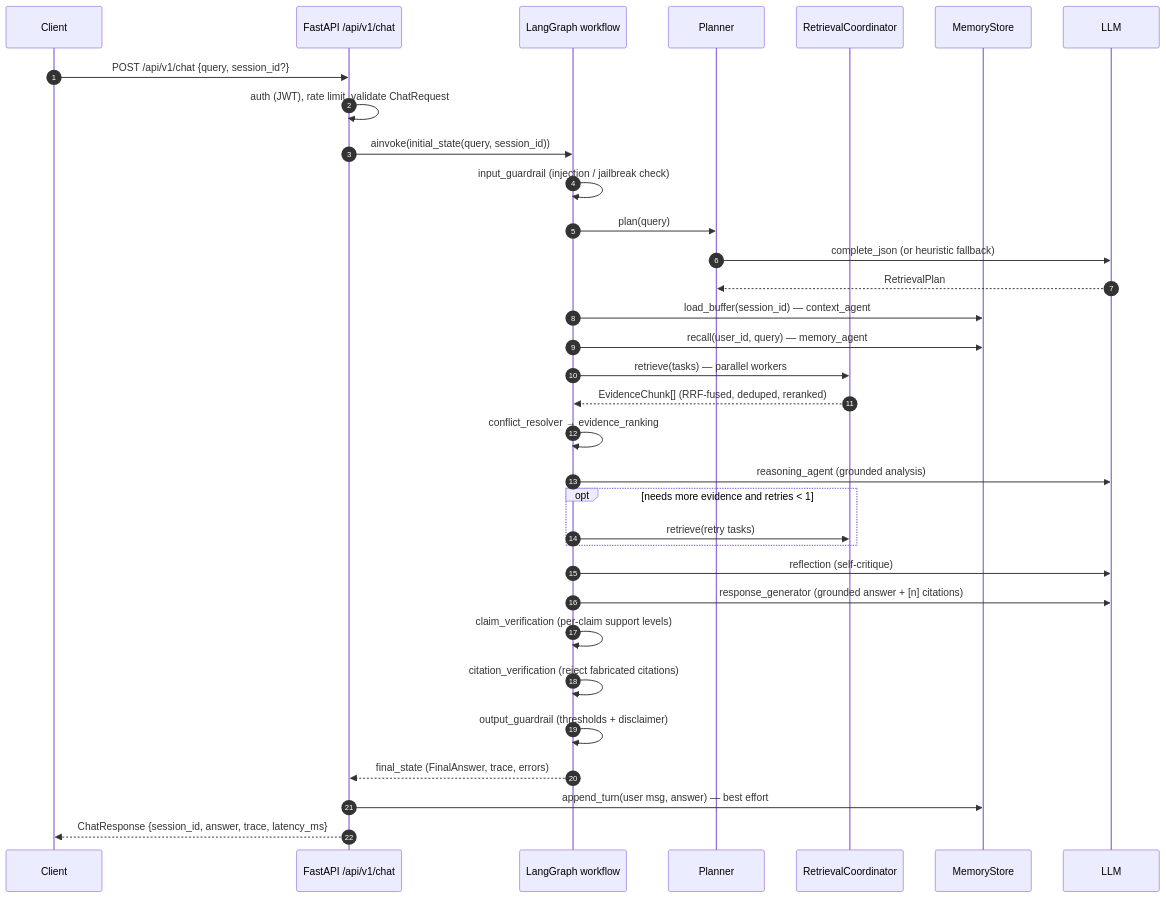
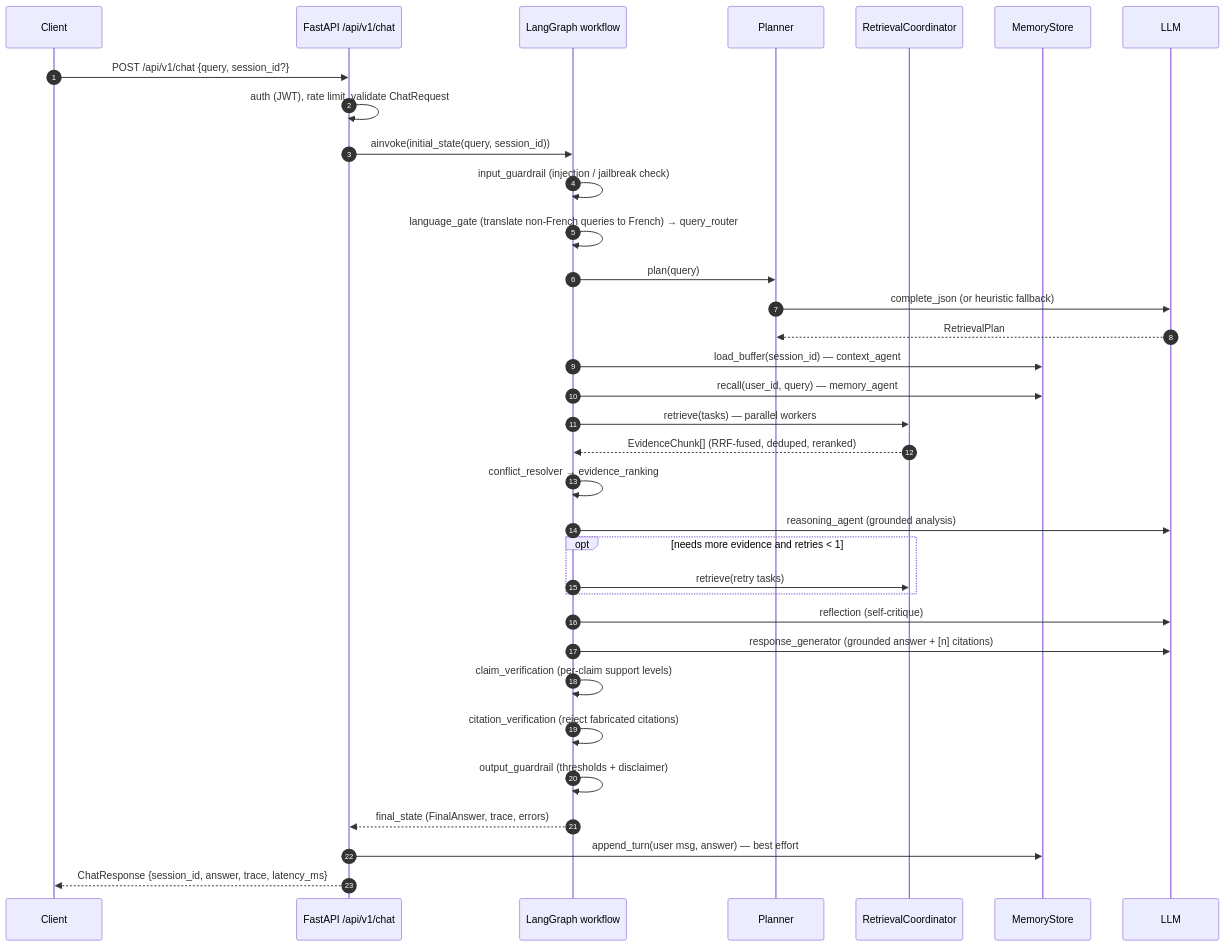
The second of 2 diagrams in docs/workflow.md (sanaaloute/La-loi-dit), drawn with Mermaid before and after one commit. The commit also changed other lines of this file and 44 other files, not shown here.

````diff
--- a/docs/workflow.md
+++ b/docs/workflow.md
@@ -62,36 +65,37 @@
 ```mermaid
 sequenceDiagram
     autonumber
     participant U as Client
     participant API as FastAPI /api/v1/chat
     participant W as LangGraph workflow
     participant P as Planner
     participant R as RetrievalCoordinator
     participant M as MemoryStore
     participant L as LLM
 
     U->>API: POST /api/v1/chat {query, session_id?}
     API->>API: auth (JWT), rate limit, validate ChatRequest
     API->>W: ainvoke(initial_state(query, session_id))
     W->>W: input_guardrail (injection / jailbreak check)
+    W->>W: language_gate (translate non-French queries to French) → query_router
     W->>P: plan(query)
     P->>L: complete_json (or heuristic fallback)
     L-->>P: RetrievalPlan
     W->>M: load_buffer(session_id) — context_agent
     W->>M: recall(user_id, query) — memory_agent
     W->>R: retrieve(tasks) — parallel workers
     R-->>W: EvidenceChunk[] (RRF-fused, deduped, reranked)
     W->>W: conflict_resolver → evidence_ranking
     W->>L: reasoning_agent (grounded analysis)
     opt needs more evidence and retries < 1
         W->>R: retrieve(retry tasks)
     end
     W->>L: reflection (self-critique)
     W->>L: response_generator (grounded answer + [n] citations)
     W->>W: claim_verification (per-claim support levels)
     W->>W: citation_verification (reject fabricated citations)
     W->>W: output_guardrail (thresholds + disclaimer)
     W-->>API: final_state (FinalAnswer, trace, errors)
     API->>M: append_turn(user msg, answer) — best effort
     API-->>U: ChatResponse {session_id, answer, trace, latency_ms}
 ```
````
